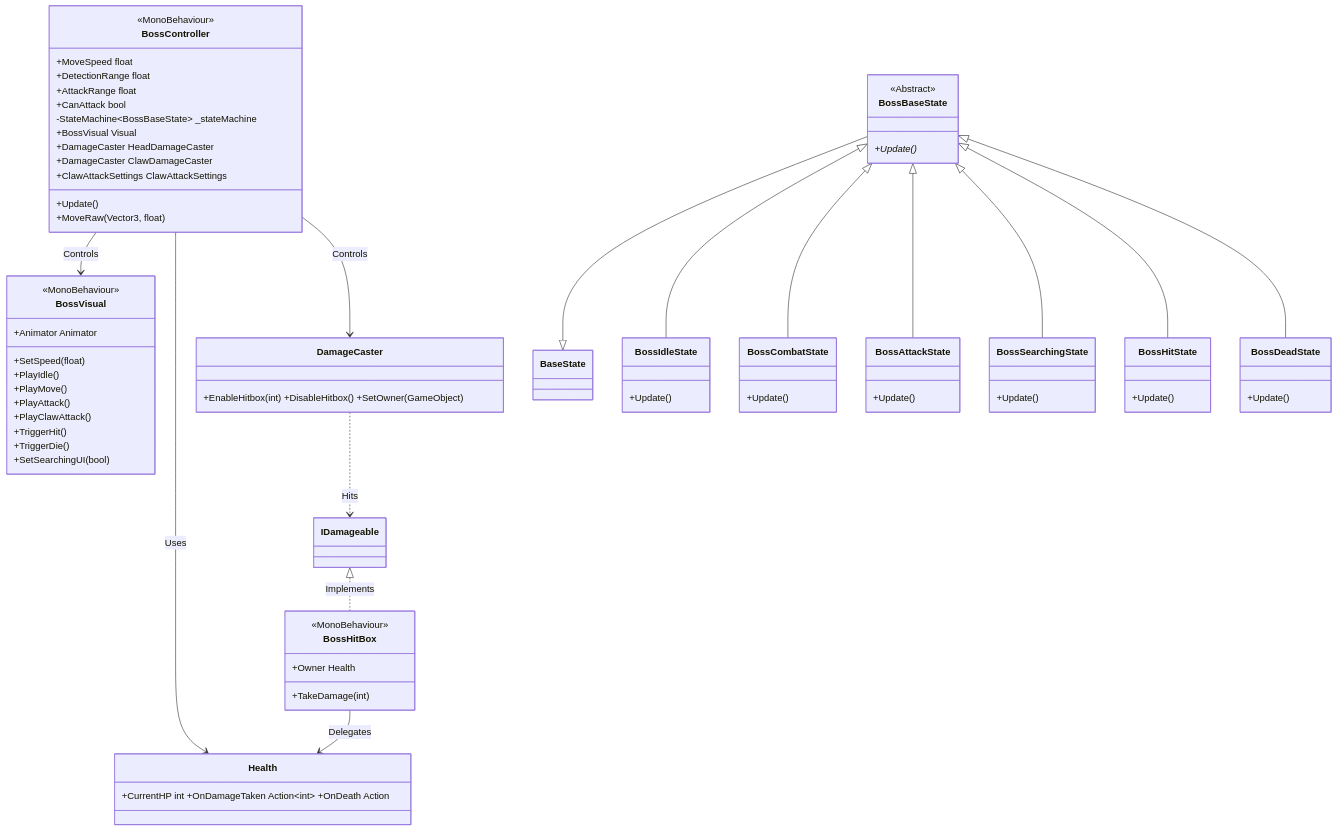
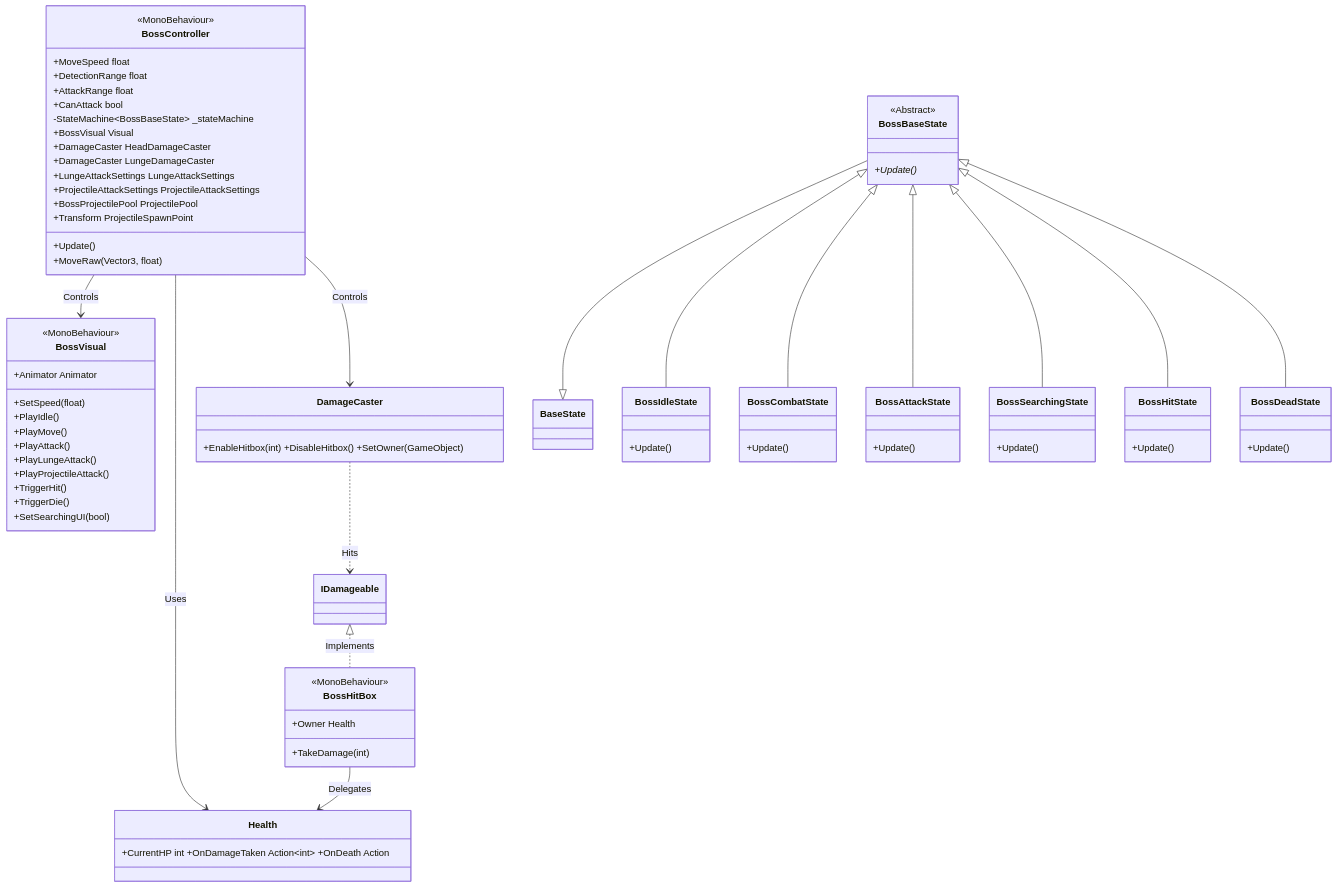
Before and after one commit to rozlfdl31-prog/BossRaidPortfolio: the second of 3 diagrams in docs/technical/System_Blueprint.md, drawn with Mermaid. The commit also changed other lines of this file and 25 other files, not shown here.

Commit message:
feat(boss): implement dragon fire breath projectile pattern

````diff
--- a/docs/technical/System_Blueprint.md
+++ b/docs/technical/System_Blueprint.md
@@ -120,72 +120,76 @@
 ```mermaid
 classDiagram
     direction TB
 
     %% Components
     class BossController {
         <<MonoBehaviour>>
         +MoveSpeed float
         +DetectionRange float
         +AttackRange float
         +CanAttack bool
         -StateMachine~BossBaseState~ _stateMachine
         +BossVisual Visual
         +DamageCaster HeadDamageCaster
-        +DamageCaster ClawDamageCaster
-        +ClawAttackSettings ClawAttackSettings
+        +DamageCaster LungeDamageCaster
+        +LungeAttackSettings LungeAttackSettings
+        +ProjectileAttackSettings ProjectileAttackSettings
+        +BossProjectilePool ProjectilePool
+        +Transform ProjectileSpawnPoint
         +Update()
         +MoveRaw(Vector3, float)
     }
 
     class BossBaseState {
         <<Abstract>>
         +Update()*
     }
 
     class BossVisual {
         <<MonoBehaviour>>
         +Animator Animator
         +SetSpeed(float)
         +PlayIdle()
         +PlayMove()
         +PlayAttack()
-        +PlayClawAttack()
+        +PlayLungeAttack()
+        +PlayProjectileAttack()
         +TriggerHit()
         +TriggerDie()
         +SetSearchingUI(bool)
     }
 
     class BossHitBox {
         <<MonoBehaviour>>
         +Owner Health
         +TakeDamage(int)
     }
 
     class DamageCaster { +EnableHitbox(int) +DisableHitbox() +SetOwner(GameObject) }
     class Health { +CurrentHP int +OnDamageTaken Action~int~ +OnDeath Action }
 
     %% Concrete States
     class BossIdleState { +Update() }
     class BossCombatState { +Update() }
     class BossAttackState { +Update() }
     class BossSearchingState { +Update() }
     class BossHitState { +Update() }
     class BossDeadState { +Update() }
 
     %% Relationships
     BossController --> BossVisual : Controls
     BossController --> Health : Uses
     BossController --> DamageCaster : Controls
 
     BossBaseState --|> BaseState
     BossBaseState <|-- BossIdleState
     BossBaseState <|-- BossCombatState
     BossBaseState <|-- BossAttackState
     BossBaseState <|-- BossSearchingState
     BossBaseState <|-- BossHitState
     BossBaseState <|-- BossDeadState
 
     IDamageable <|.. BossHitBox : Implements
     BossHitBox --> Health : Delegates
     DamageCaster ..> IDamageable : Hits
 ```
````
